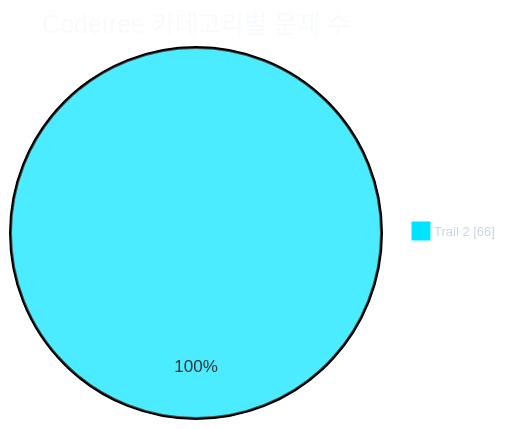
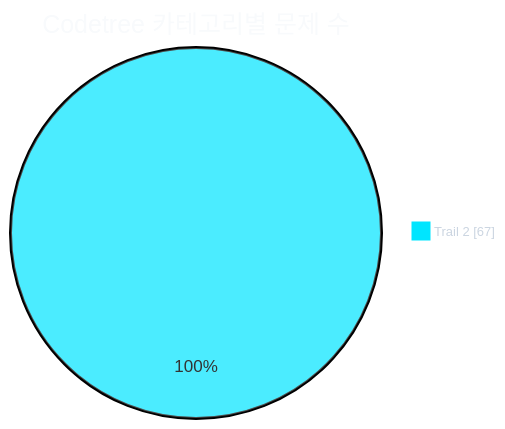
The first of 2 diagrams in readme.md (CHOOSLA/Algorithm), drawn with Mermaid before and after one commit. The commit also changed other lines of this file and 2 other files, not shown here.

````diff
--- a/readme.md
+++ b/readme.md
@@ -31,21 +31,21 @@
 ```mermaid
 ---
 config:
   theme: base
   themeVariables:
     background: '#0d1117'
     pieTitleTextColor: '#f8fafc'
     pieLegendTextColor: '#cbd5e1'
     pieLegendTextSize: '13px'
     pie1: '#00e5ff'
     pie2: '#22c55e'
     pie3: '#f59e0b'
     pie4: '#a855f7'
     pie5: '#ec4899'
     pie6: '#3b82f6'
     pie7: '#64748b'
 ---
 pie showData
   title Codetree 카테고리별 문제 수
-  "Trail 2" : 66
+  "Trail 2" : 67
 ```
````
